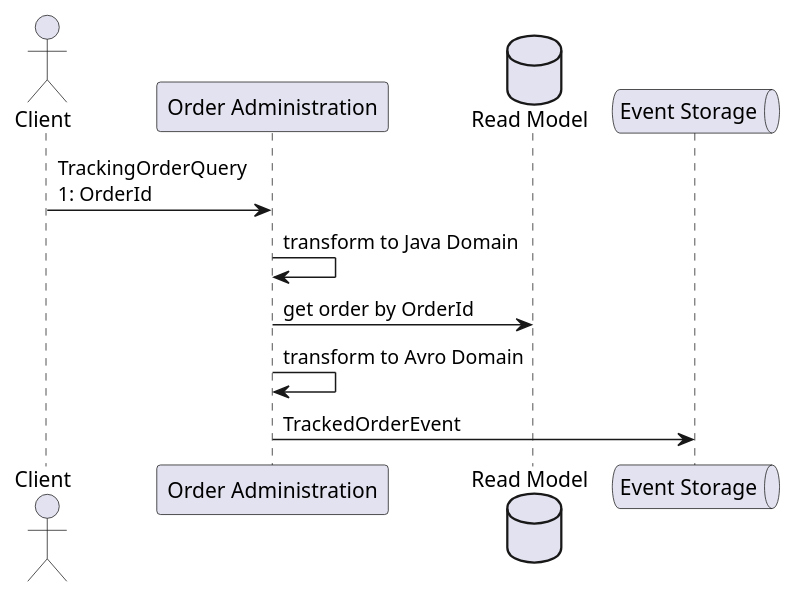
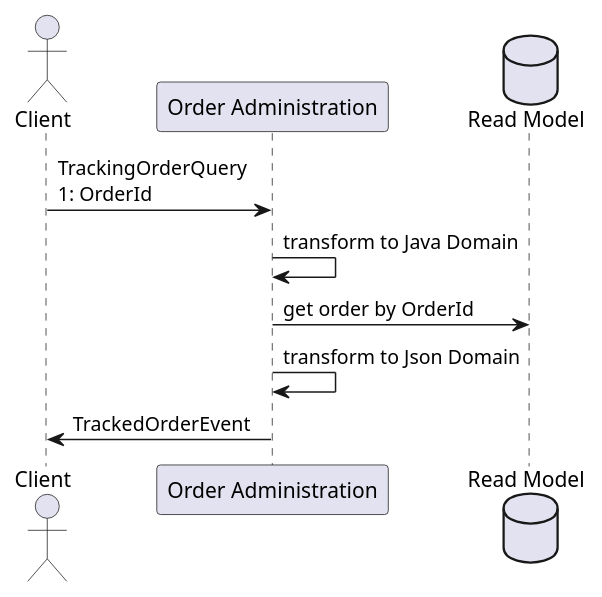
The diagram in 1-diagram/tracking-order-sequence.puml (sokimaaa/order-administration), drawn with PlantUML before and after one commit. The commit also changed 2 other files, not shown here.

Commit message:
update diagram

```diff
--- a/1-diagram/tracking-order-sequence.puml
+++ b/1-diagram/tracking-order-sequence.puml
@@ -1,15 +1,14 @@
 @startuml
 'https://plantuml.com/sequence-diagram
 
 actor "Client" as C
 participant "Order Administration" as OA
 database "Read Model" as RM
-queue "Event Storage" as ESG
 
 C -> OA: TrackingOrderQuery\n1: OrderId
 OA -> OA: transform to Java Domain
 OA -> RM: get order by OrderId
-OA -> OA: transform to Avro Domain
-OA -> ESG: TrackedOrderEvent
+OA -> OA: transform to Json Domain
+OA -> C: TrackedOrderEvent
 
 @enduml
```
